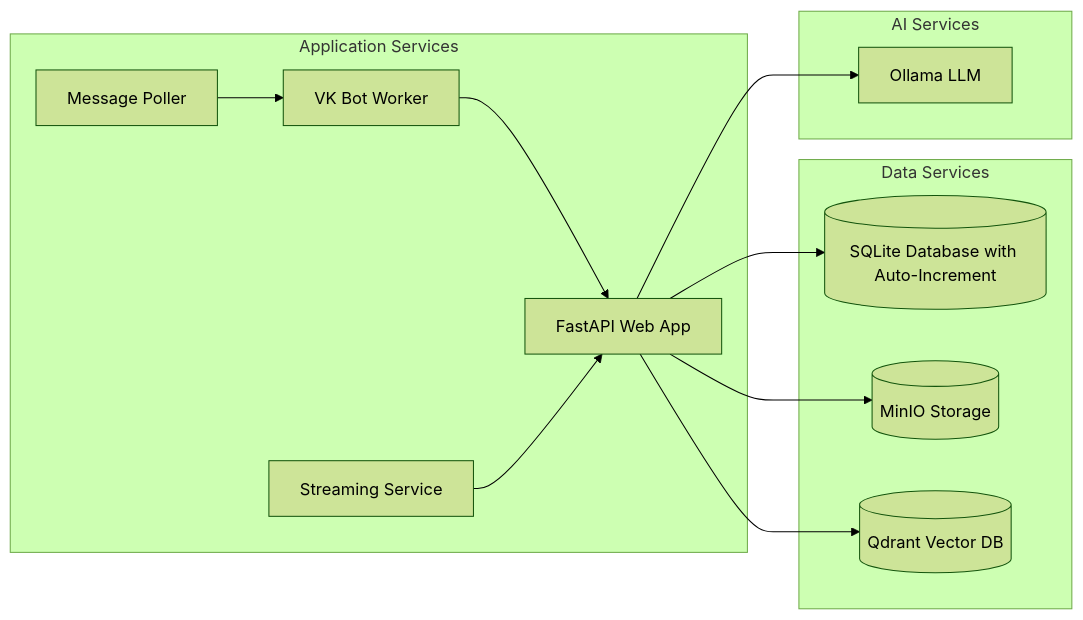
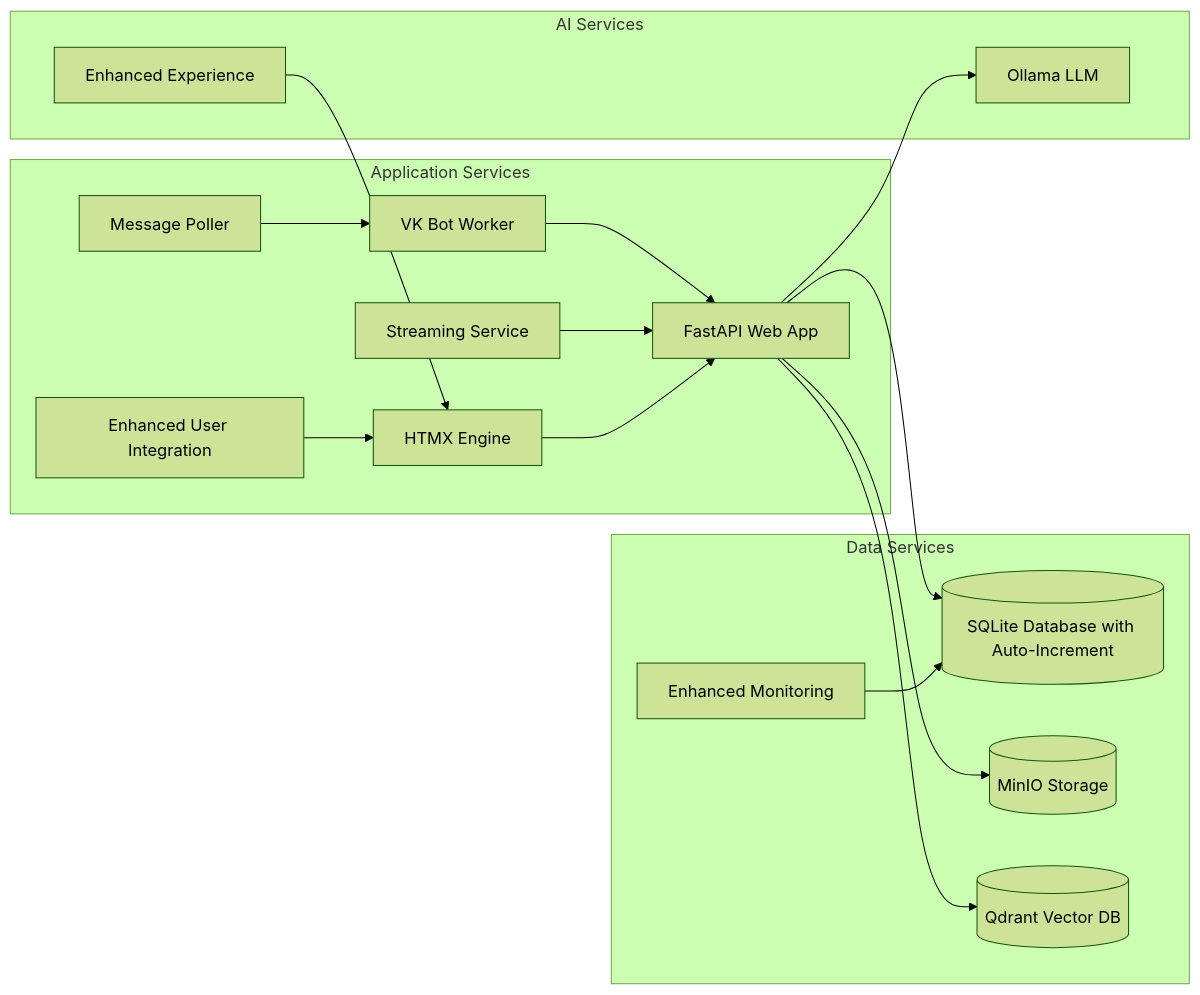
Diagram 26 of 26 in .qoder/repowiki/en/content/Document Management System.md (ognelis/cafetera_hr_bot), drawn with Mermaid (forest theme) before and after one commit. The commit also changed other lines of this file and 22 other files, not shown here.

````diff
--- a/.qoder/repowiki/en/content/Document Management System.md
+++ b/.qoder/repowiki/en/content/Document Management System.md
@@ -2366,24 +2555,32 @@
 ```mermaid
 graph LR
 subgraph "Application Services"
 Web[FastAPI Web App]
 Bot[VK Bot Worker]
 Poller[Message Poller]
 Streaming[Streaming Service]
+HTMXEngine[HTMX Engine]
+EndUserIntegration[Enhanced User Integration]
 end
 subgraph "Data Services"
 DB[(SQLite Database with Auto-Increment)]
 MinIO[(MinIO Storage)]
 Qdrant[(Qdrant Vector DB)]
+EndUserMonitoring[Enhanced Monitoring]
 end
 subgraph "AI Services"
 Ollama[Ollama LLM]
+EndUserExperience[Enhanced Experience]
 end
 Web --> DB
 Web --> MinIO
 Web --> Qdrant
 Bot --> Web
 Poller --> Bot
 Web --> Ollama
 Streaming --> Web
+HTMXEngine --> Web
+EndUserIntegration --> HTMXEngine
+EndUserMonitoring --> DB
+EndUserExperience --> HTMXEngine
 ```
````
